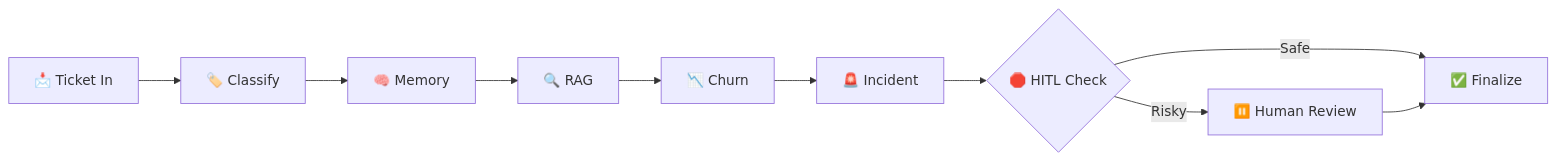
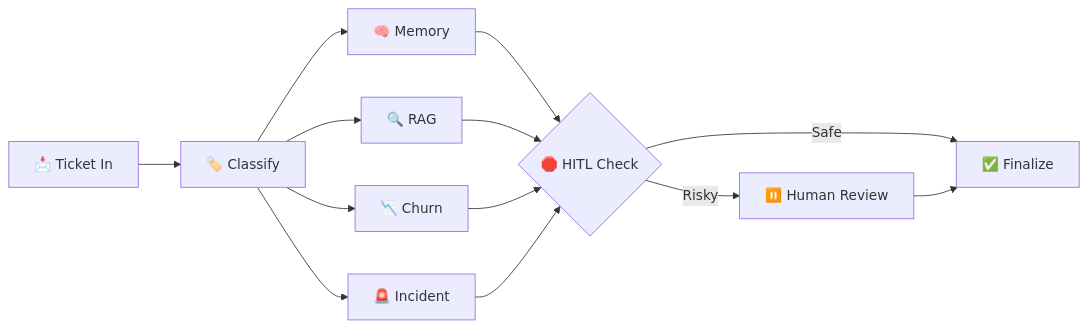
The second of 3 diagrams in README.md (saibalajinamburi/CustomerCore), drawn with Mermaid before and after one commit. The commit also changed other lines of this file, not shown here.

Commit message:
docs: update README with Phase 19 improvements -- parallel agent topology, SLA-aware LLM router, dynamic Ollama-to-cloud fallback, L2 semantic cache, Supabase connection pooler, HITL RBAC enforcement, and 4 new challenge entries

````diff
--- a/README.md
+++ b/README.md
@@ -93,12 +93,12 @@
 ```mermaid
 graph LR
     A[📩 Ticket In] --> B[🏷️ Classify]
     B --> C[🧠 Memory]
-    C --> D[🔍 RAG]
-    D --> E[📉 Churn]
-    E --> F[🚨 Incident]
-    F --> G{🛑 HITL Check}
+    B --> D[🔍 RAG]
+    B --> E[📉 Churn]
+    B --> F[🚨 Incident]
+    C & D & E & F --> G{🛑 HITL Check}
     G -->|Safe| H[✅ Finalize]
     G -->|Risky| I[⏸️ Human Review]
     I --> H
 ```
````
